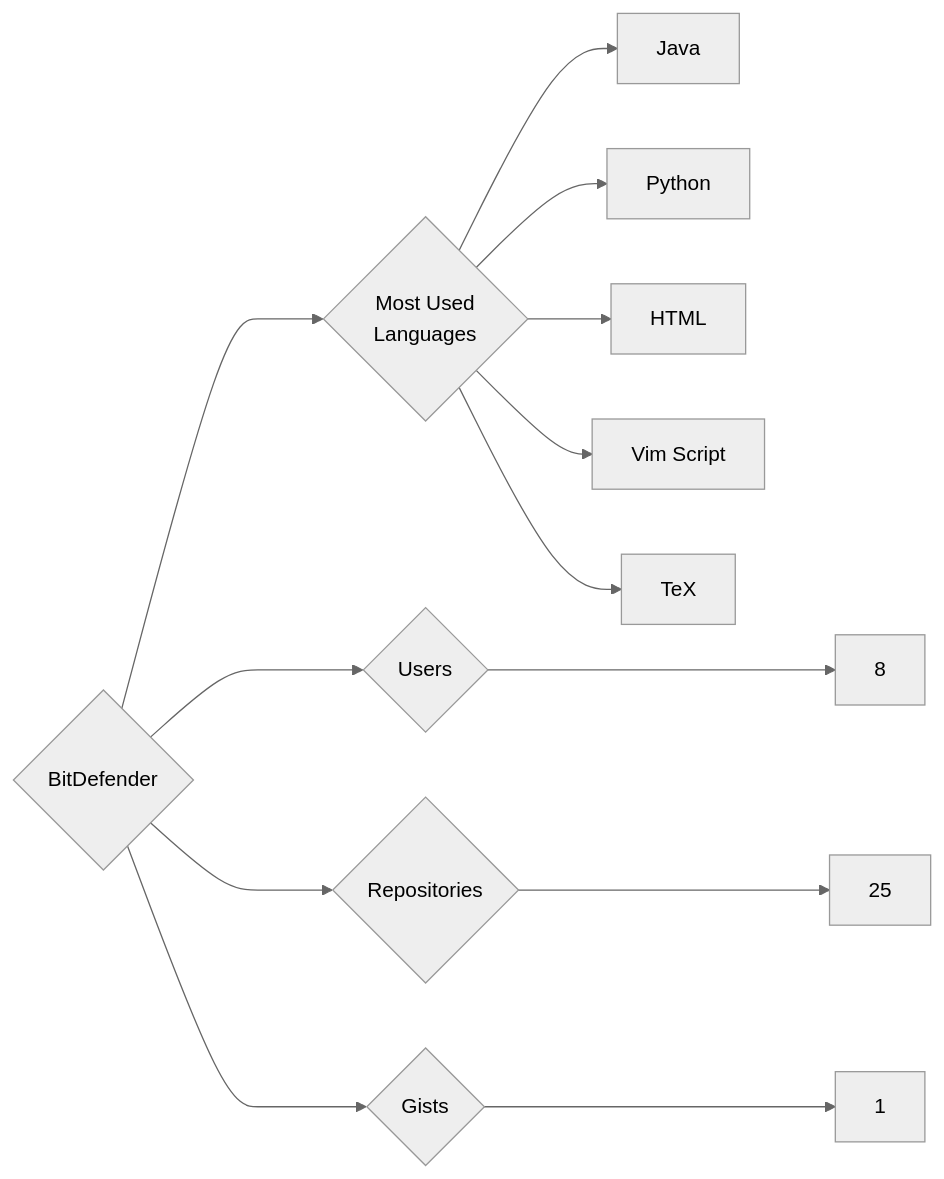
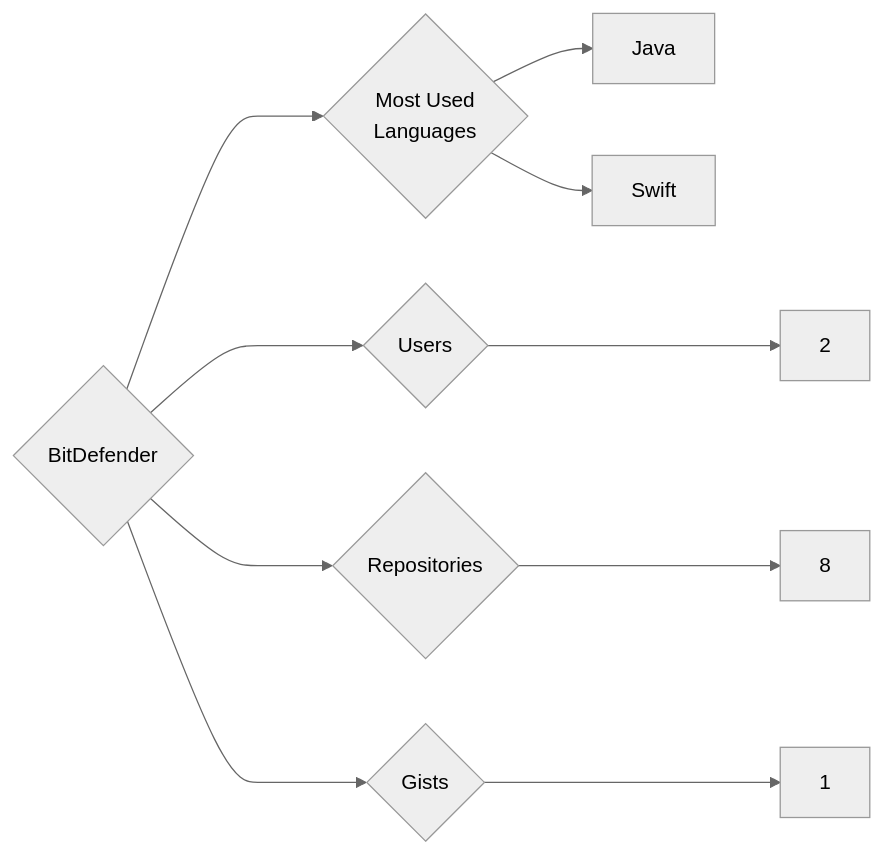
Before and after one commit to trickest/insiders: the diagram in targets/BitDefender/README.md, drawn with Mermaid (neutral theme). The commit also changed 1166 other files, not shown here.

````diff
--- a/targets/BitDefender/README.md
+++ b/targets/BitDefender/README.md
@@ -3,13 +3,10 @@
 ```mermaid
 graph LR
 COMPANY_NAME{BitDefender}
-COMPANY_NAME ---> U{Users} ---> UN[8]
-COMPANY_NAME ---> R{Repositories} ---> RN[25]
+COMPANY_NAME ---> U{Users} ---> UN[2]
+COMPANY_NAME ---> R{Repositories} ---> RN[8]
 COMPANY_NAME ---> G{Gists} ---> GN[1]
 COMPANY_NAME ---> ML{Most Used<br>Languages}
 ML --> Java[Java]
-ML --> Python[Python]
-ML --> HTML[HTML]
-ML --> Vim_Script[Vim Script]
-ML --> TeX[TeX]
+ML --> Swift[Swift]
 ```
````
